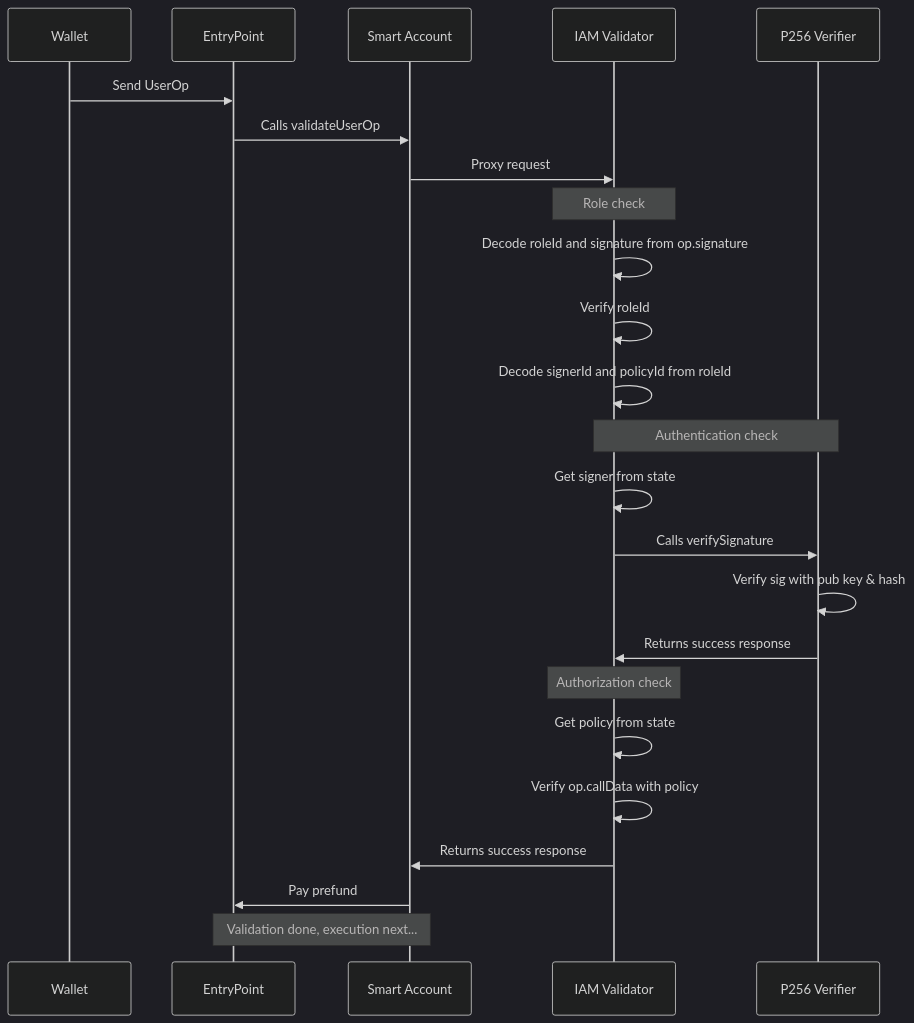
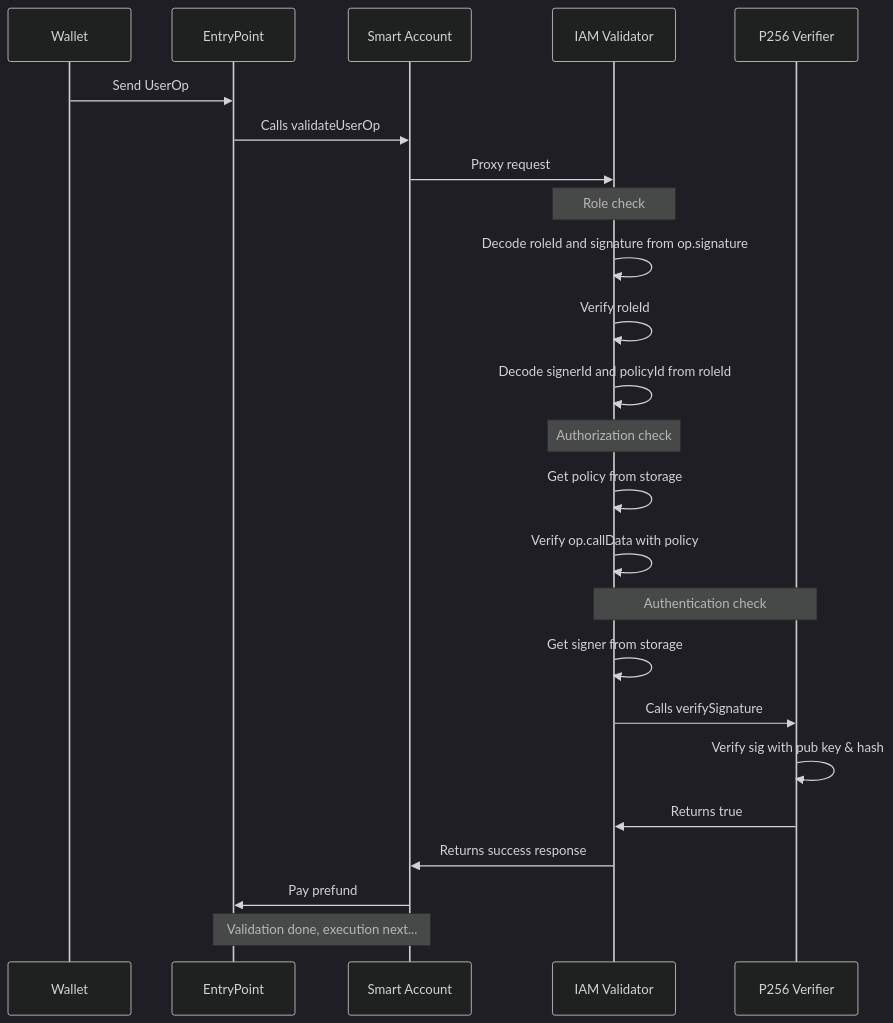
Before and after one commit to stackup-wallet/accessctl: the diagram in README.md, drawn with Mermaid (dark theme). The commit also changed other lines of this file and 6 other files, not shown here.

````diff
--- a/README.md
+++ b/README.md
@@ -23,21 +23,21 @@
 ```mermaid
 sequenceDiagram
     Wallet->>EntryPoint:Send UserOp
     EntryPoint->>Smart Account: Calls validateUserOp
     Smart Account->>IAM Validator: Proxy request
     Note over IAM Validator: Role check
     IAM Validator->>IAM Validator: Decode roleId and signature from op.signature
     IAM Validator->>IAM Validator: Verify roleId
     IAM Validator->>IAM Validator: Decode signerId and policyId from roleId
+    Note over IAM Validator: Authorization check
+    IAM Validator->>IAM Validator: Get policy from storage
+    IAM Validator->>IAM Validator: Verify op.callData with policy
     Note over IAM Validator,P256 Verifier: Authentication check
-    IAM Validator->>IAM Validator: Get signer from state
+    IAM Validator->>IAM Validator: Get signer from storage
     IAM Validator->>P256 Verifier: Calls verifySignature
     P256 Verifier->>P256 Verifier: Verify sig with pub key & hash
-    P256 Verifier->>IAM Validator: Returns success response
-    Note over IAM Validator: Authorization check
-    IAM Validator->>IAM Validator: Get policy from state
-    IAM Validator->>IAM Validator: Verify op.callData with policy
+    P256 Verifier->>IAM Validator: Returns true
     IAM Validator->>Smart Account: Returns success response
     Smart Account->>EntryPoint: Pay prefund
     Note over EntryPoint,Smart Account: Validation done, execution next...
 ```
````
